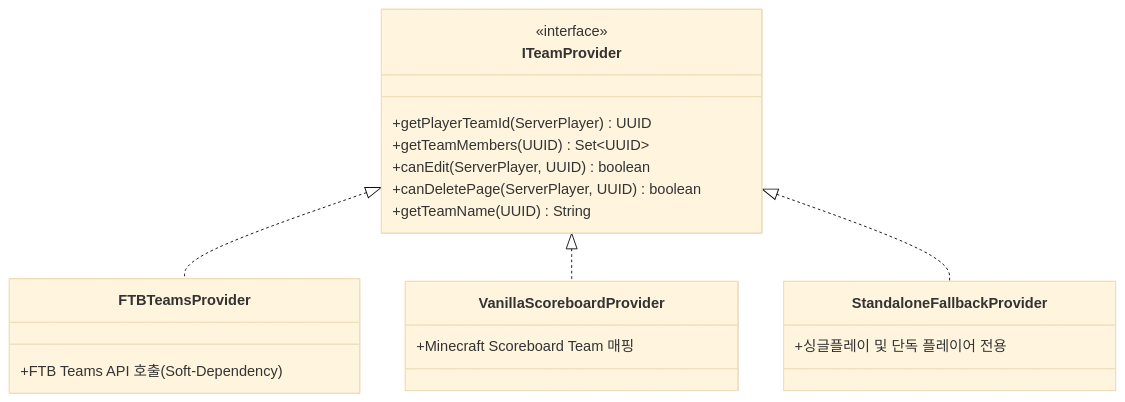
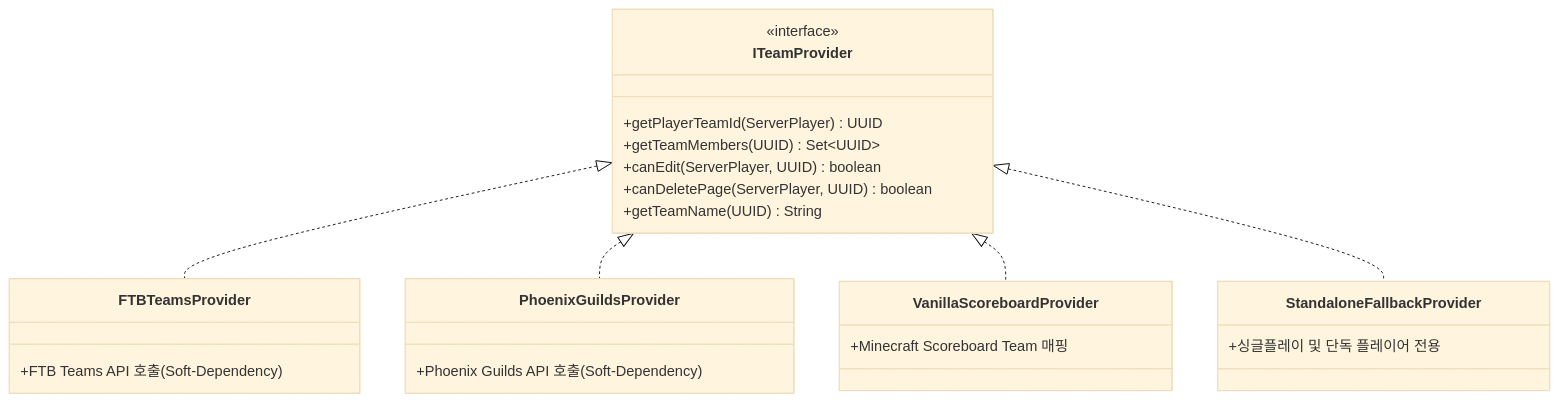
One commit to Amvermain/GregTechCalculatorBoard changed the second of 2 diagrams in docs/ko_kr/spec/04_MULTIPLAYER_AND_NETWORK_PROTOCOL.md. Above: the diagram before and after it, drawn with Mermaid (base theme). The commit also changed other lines of this file and 53 other files, not shown here.

````diff
--- a/docs/ko_kr/spec/04_MULTIPLAYER_AND_NETWORK_PROTOCOL.md
+++ b/docs/ko_kr/spec/04_MULTIPLAYER_AND_NETWORK_PROTOCOL.md
@@ -125,24 +125,28 @@
 ```mermaid
 classDiagram
     class ITeamProvider {
         <<interface>>
         +getPlayerTeamId(ServerPlayer) UUID
         +getTeamMembers(UUID) Set~UUID~
         +canEdit(ServerPlayer, UUID) boolean
         +canDeletePage(ServerPlayer, UUID) boolean
         +getTeamName(UUID) String
     }
     class FTBTeamsProvider {
         +FTB Teams API 호출 (Soft-Dependency)
     }
+    class PhoenixGuildsProvider {
+        +Phoenix Guilds API 호출 (Soft-Dependency)
+    }
     class VanillaScoreboardProvider {
         +Minecraft Scoreboard Team 매핑
     }
     class StandaloneFallbackProvider {
         +싱글플레이 및 단독 플레이어 전용
     }
 
     ITeamProvider <|.. FTBTeamsProvider
+    ITeamProvider <|.. PhoenixGuildsProvider
     ITeamProvider <|.. VanillaScoreboardProvider
     ITeamProvider <|.. StandaloneFallbackProvider
 ```
````
